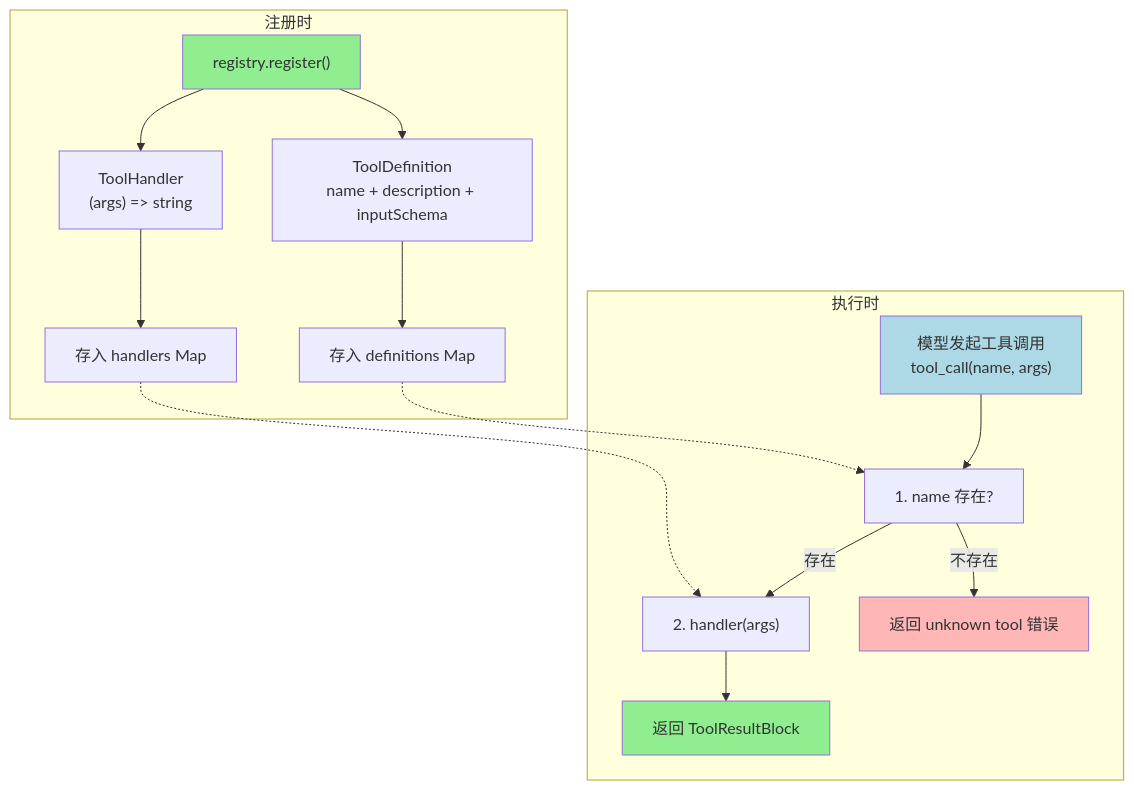
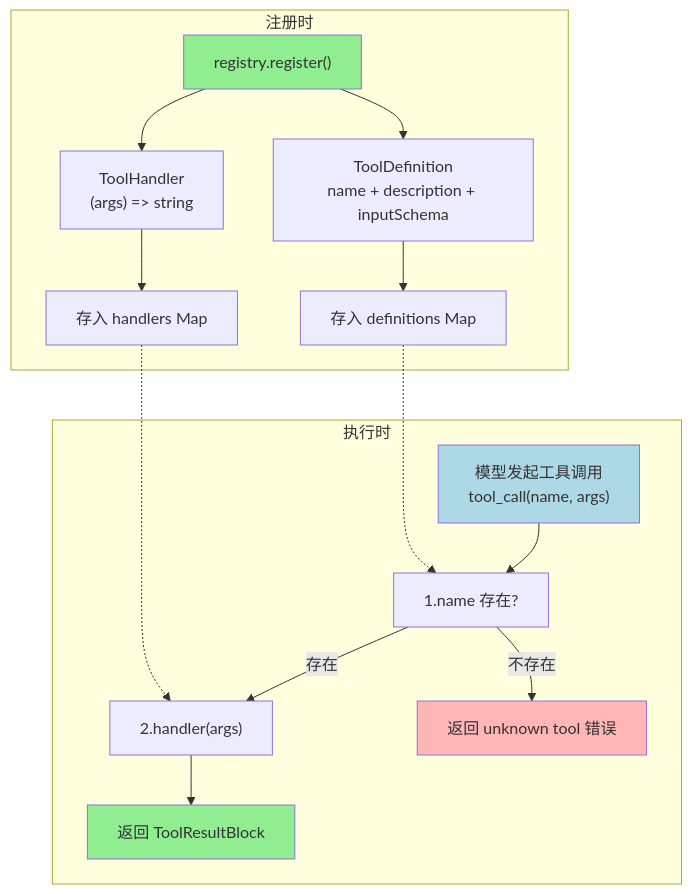
The diagram in docs/ch04-tool-registry.md (erichow/agent-harness), drawn with Mermaid before and after one commit. The commit also changed 5 other files, not shown here.

Commit message:
fix: polish Mermaid diagrams in ch02/ch04/ch05/ch07/ch08 + fix ch13 test

````diff
--- a/docs/ch04-tool-registry.md
+++ b/docs/ch04-tool-registry.md
@@ -10,32 +10,32 @@
 ```mermaid
 flowchart TB
     subgraph "注册时"
         Reg["registry.register()"]
         Def["ToolDefinition<br/>name + description + inputSchema"]
         Handler["ToolHandler<br/>(args) => string"]
         Reg --> Def
         Reg --> Handler
         Def --> Store["存入 definitions Map"]
         Handler --> Store2["存入 handlers Map"]
     end
 
     subgraph "执行时"
         Call["模型发起工具调用<br/>tool_call(name, args)"]
-        Check["1. name 存在?"]
-        Execute["2. handler(args)"]
+        Check["1.name 存在?"]
+        Execute["2.handler(args)"]
         Result["返回 ToolResultBlock"]
         
         Call --> Check
         Check -->|存在| Execute
         Check -->|不存在| Unknown["返回 unknown tool 错误"]
         Execute --> Result
     end
 
-    Store -.-> Check
+    Store -..-> Check
     Store2 -.-> Execute
 
     style Reg fill:#90EE90
     style Call fill:#ADD8E6
     style Result fill:#90EE90
     style Unknown fill:#FFB6B6
 ```
````
